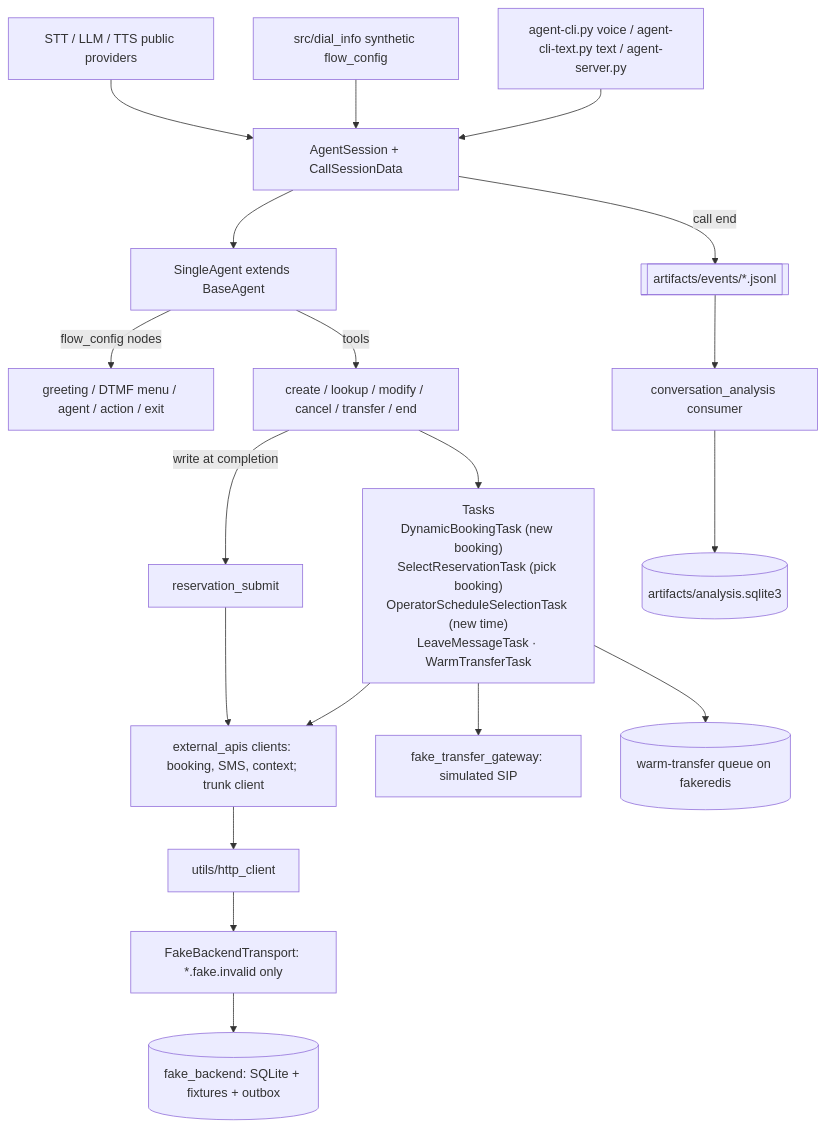
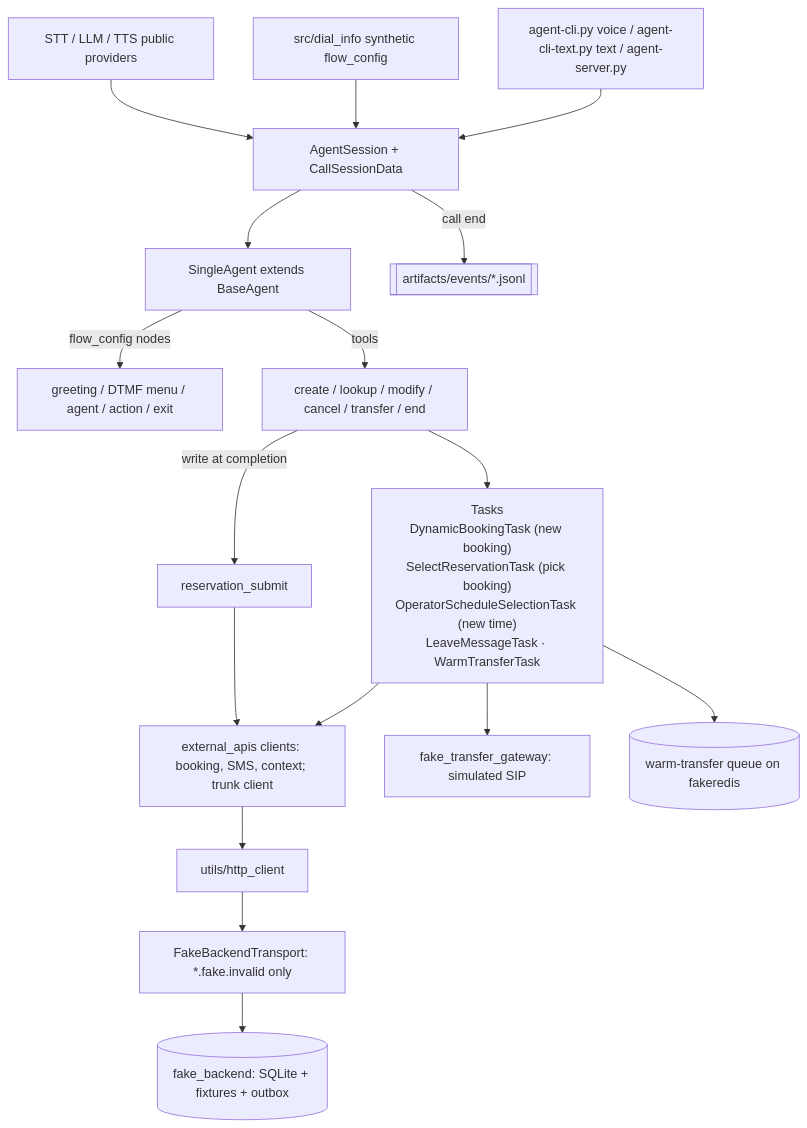
Before and after one commit to kofsitho87/service-center-voice-agent: the diagram in docs/architecture.md, drawn with Mermaid. The commit also changed other lines of this file and 38 other files, not shown here.

````diff
--- a/docs/architecture.md
+++ b/docs/architecture.md
@@ -3,21 +3,19 @@
 ```mermaid
 flowchart TD
     ENTRY[agent-cli.py voice / agent-cli-text.py text / agent-server.py] --> SESSION[AgentSession + CallSessionData]
     CONFIG[src/dial_info synthetic flow_config] --> SESSION
     MODELS[STT / LLM / TTS public providers] --> SESSION
     SESSION --> SINGLE[SingleAgent extends BaseAgent]
     SINGLE -->|flow_config nodes| FLOW[greeting / DTMF menu / agent / action / exit]
     SINGLE -->|tools| TOOLS[create / lookup / modify / cancel / transfer / end]
     TOOLS --> TASKS["Tasks<br/>DynamicBookingTask (new booking)<br/>SelectReservationTask (pick booking)<br/>OperatorScheduleSelectionTask (new time)<br/>LeaveMessageTask · WarmTransferTask"]
     TASKS --> CLIENTS[external_apis clients: booking, SMS, context; trunk client]
     TOOLS -->|write at completion| SUBMIT[reservation_submit]
     SUBMIT --> CLIENTS
     CLIENTS --> HTTP[utils/http_client]
     HTTP --> TRANSPORT[FakeBackendTransport: *.fake.invalid only]
     TRANSPORT --> FAKE[(fake_backend: SQLite + fixtures + outbox)]
     TASKS --> GATEWAY[fake_transfer_gateway: simulated SIP]
     TASKS --> QUEUE[(warm-transfer queue on fakeredis)]
     SESSION -->|call end| EVENTS[[artifacts/events/*.jsonl]]
-    EVENTS --> ANALYSIS[conversation_analysis consumer]
-    ANALYSIS --> ADB[(artifacts/analysis.sqlite3)]
 ```
````
